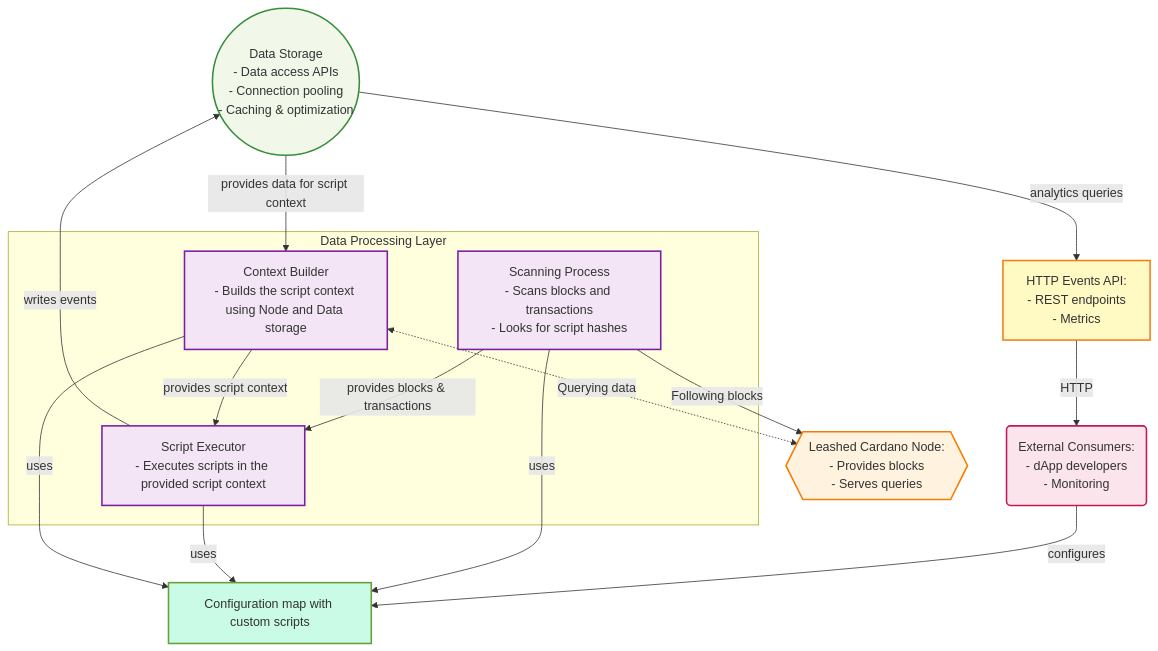
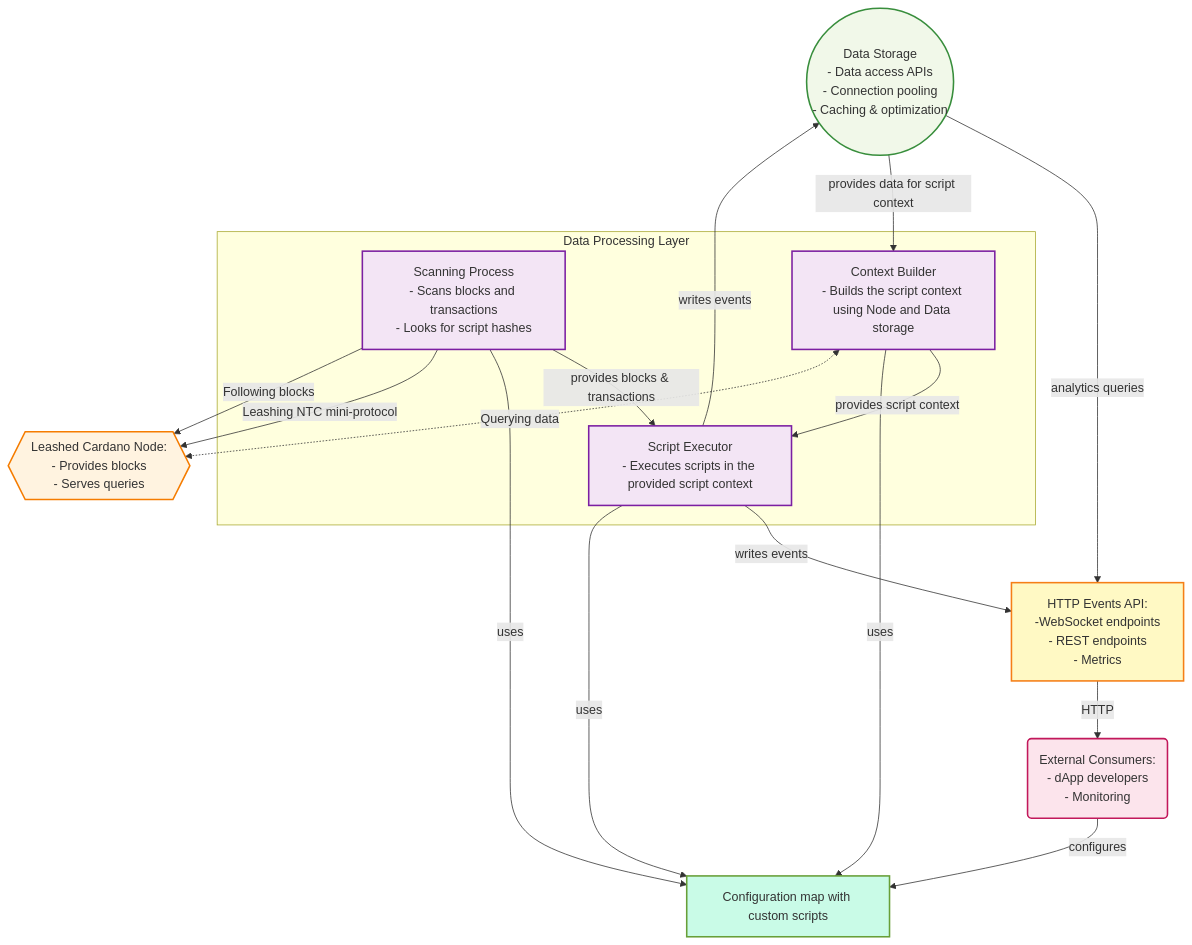
One commit to tweag/plutus-script-reexecutor changed the first of 2 diagrams in docs/specification.md. Above: the diagram before and after it, drawn with Mermaid. The commit also changed other lines of this file and 1 other file, not shown here.

````diff
--- a/docs/specification.md
+++ b/docs/specification.md
@@ -20,57 +36,59 @@
 ```mermaid
 graph TD
 
-    E[HTTP Events API:<br/>- REST endpoints<br/>- Metrics]
+    E[HTTP Events API:<br/>-WebSocket endpoints<br/>- REST endpoints<br/>- Metrics]
 
     R((Data Storage<br/>- Data access APIs<br/>- Connection pooling<br/>- Caching & optimization))
 
     %% Data Processing Subgraph
     subgraph Processing ["Data Processing Layer"]
         D1[Scanning Process<br/>- Scans blocks and transactions<br/>- Looks for script hashes]
         D2[Script Executor<br/>- Executes scripts in the provided script context]
         D3[Context Builder<br/>- Builds the script context using Node and Data storage]
     end
 
     %% External Components
     F(External Consumers:<br/>- dApp developers<br/>- Monitoring)
 
     F -->|configures| M
 
     M[Configuration map with custom scripts]
     
     G{{Leashed Cardano Node:<br/>- Provides blocks<br/>- Serves queries}}
 
     D1 -->|provides blocks & transactions| D2
     D3 -->|provides script context| D2
     D2 -->|writes events| R
+    D2 -->|writes events| E
 
     D1 -->|uses| M
     D2 -->|uses| M
     D3 -->|uses| M
 
     R -->|analytics queries| E
 
     R -->|provides data for script context| D3
 
     E -->|HTTP| F
 
+    D1 -->|Leashing NTC mini-protocol| G
     D1 -->|Following blocks| G
     D3 <-.->|Querying data| G
 
     %% Enhanced Styling
     classDef storageClass fill:#f1f8e9,stroke:#388e3c,stroke-width:2px
     classDef processingClass fill:#f3e5f5,stroke:#7b1fa2,stroke-width:2px
     classDef accessClass fill:#fff9c4,stroke:#f57f17,stroke-width:2px
     classDef externalClass fill:#fff3e0,stroke:#f57c00,stroke-width:2px
     classDef consumerClass fill:#fce4ec,stroke:#c2185b,stroke-width:2px
     classDef networkClass fill:#f9fbe7,stroke:#689f38,stroke-width:2px
     classDef configurationClass fill:#c9fbe7,stroke:#689f38,stroke-width:2px
 
     class R storageClass
     class D1,D2,D3 processingClass
     class E accessClass
     class G externalClass
     class F consumerClass
     class A networkClass
     class M configurationClass
 ```
````
